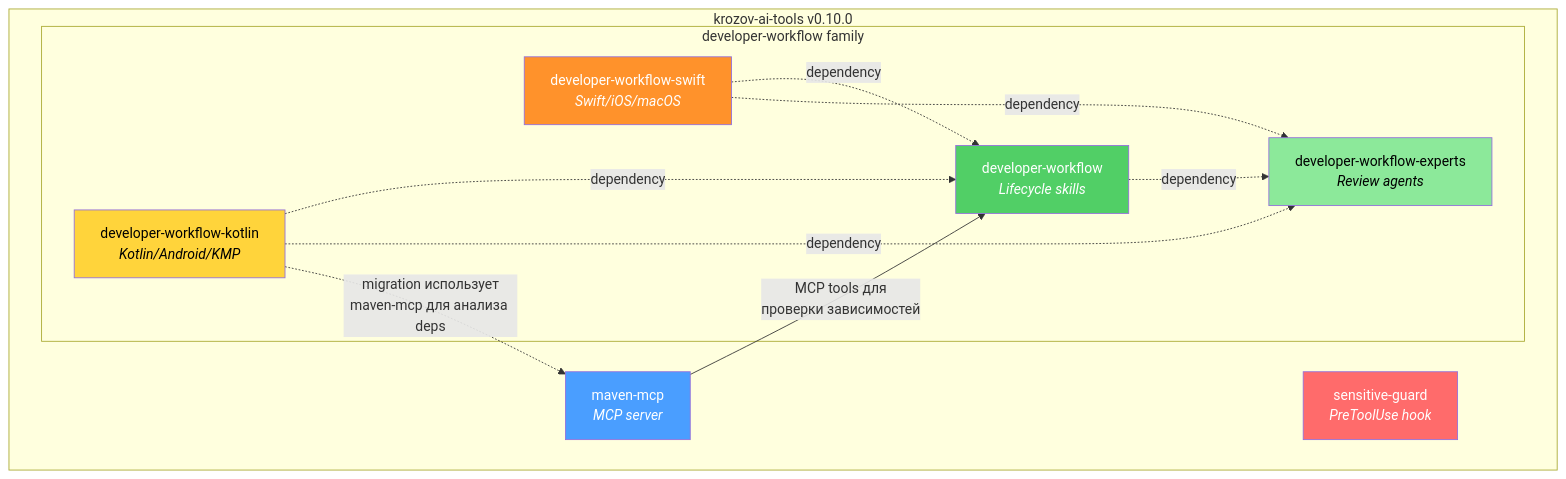
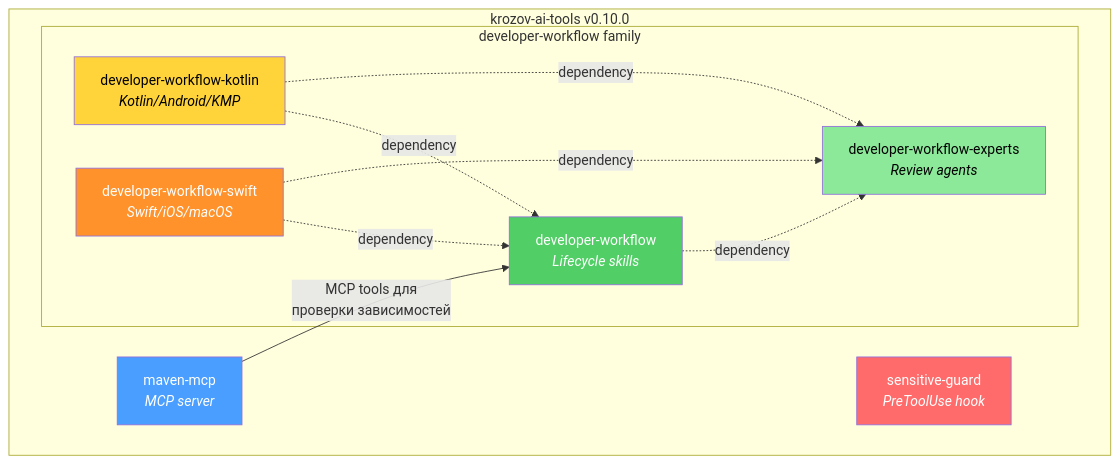
One commit to kirich1409/krozov-ai-tools changed the first of 7 diagrams in docs/PLUGINS-GUIDE.md. Above: the diagram before and after it, drawn with Mermaid. The commit also changed other lines of this file and 14 other files, not shown here.

First line of the commit message:
Remove migration skill from developer-workflow-kotlin (#269)

````diff
--- a/docs/PLUGINS-GUIDE.md
+++ b/docs/PLUGINS-GUIDE.md
@@ -23,29 +23,28 @@
 ```mermaid
 graph TB
     subgraph repo["krozov-ai-tools v0.10.0"]
         maven["maven-mcp<br/><i>MCP server</i>"]
         guard["sensitive-guard<br/><i>PreToolUse hook</i>"]
         subgraph dw_family["developer-workflow family"]
             workflow["developer-workflow<br/><i>Lifecycle skills</i>"]
             experts["developer-workflow-experts<br/><i>Review agents</i>"]
             kotlin["developer-workflow-kotlin<br/><i>Kotlin/Android/KMP</i>"]
             swift["developer-workflow-swift<br/><i>Swift/iOS/macOS</i>"]
         end
     end
 
     workflow -.->|dependency| experts
     kotlin -.->|dependency| workflow
     kotlin -.->|dependency| experts
     swift -.->|dependency| workflow
     swift -.->|dependency| experts
 
     maven -->|"MCP tools для<br/>проверки зависимостей"| workflow
-    kotlin -.->|"migration использует<br/>maven-mcp для анализа deps"| maven
 
     style maven fill:#4a9eff,color:#fff
     style guard fill:#ff6b6b,color:#fff
     style workflow fill:#51cf66,color:#fff
     style experts fill:#8ce99a,color:#000
     style kotlin fill:#ffd43b,color:#000
     style swift fill:#ff922b,color:#fff
 ```
````
